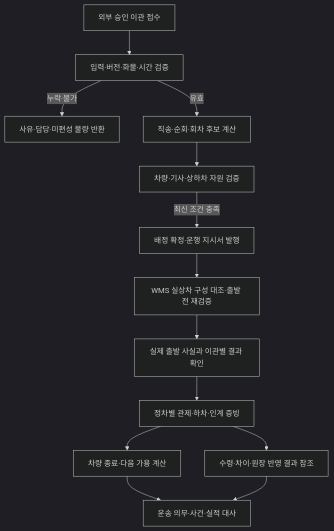
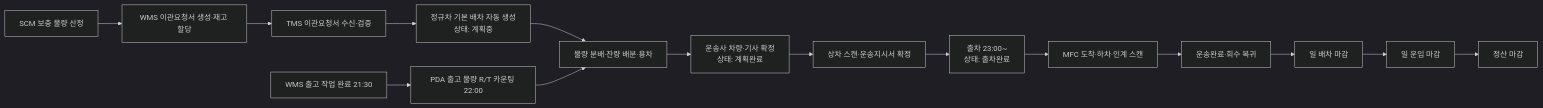
One commit to SOS040/pmart-backend-fork changed the first of 2 diagrams in docs/business/TMS-business-logic.md. Above: the diagram before and after it, drawn with Mermaid (dark theme). The commit also changed other lines of this file, not shown here.

````diff
--- a/docs/business/TMS-business-logic.md
+++ b/docs/business/TMS-business-logic.md
@@ -196,15 +98,15 @@
 ```mermaid
-flowchart TD
-  A[외부 승인 이관 접수] --> B[입력·버전·화물·시간 검증]
-  B -->|누락·불가| X[사유·담당·미편성 물량 반환]
-  B -->|유효| C[직송·순회·회차 후보 계산]
-  C --> D[차량·기사·상하차 자원 검증]
-  D -->|최신 조건 충족| E[배정 확정·운행 지시서 발행]
-  E --> F[WMS 실상차 구성 대조·출발 전 재검증]
-  F --> G[실제 출발 사실과 이관별 결과 확인]
-  G --> H[정차별 관제·하차·인계 증빙]
-  H --> I[차량 종료·다음 가용 계산]
-  H --> J[수령·차이·원장 반영 결과 참조]
-  I --> K[운송 의무·사건·실적 대사]
-  J --> K
+flowchart LR
+  SCM[SCM 보충 물량 산정] --> WMS1[WMS 이관요청서 생성·재고 할당]
+  WMS1 --> T1[TMS 이관요청서 수신·검증]
+  T1 --> T2[정규차 기본 배차 자동 생성<br/>상태: 계획중]
+  WMS2[WMS 출고 작업 완료 21:30] --> T3[PDA 출고 물량 R/T 카운팅 22:00]
+  T2 --> T4[물량 분배·잔량 배분·용차]
+  T3 --> T4
+  T4 --> T5[운송사 차량·기사 확정<br/>상태: 계획완료]
+  T5 --> T6[상차 스캔·운송지시서 확정]
+  T6 --> T7[출차 23:00~<br/>상태: 출차완료]
+  T7 --> T8[MFC 도착·하차·인계 스캔]
+  T8 --> T9[운송완료·회수 복귀]
+  T9 --> C1[일 배차 마감] --> C2[일 운임 마감] --> C3[정산 마감]
 ```
````
